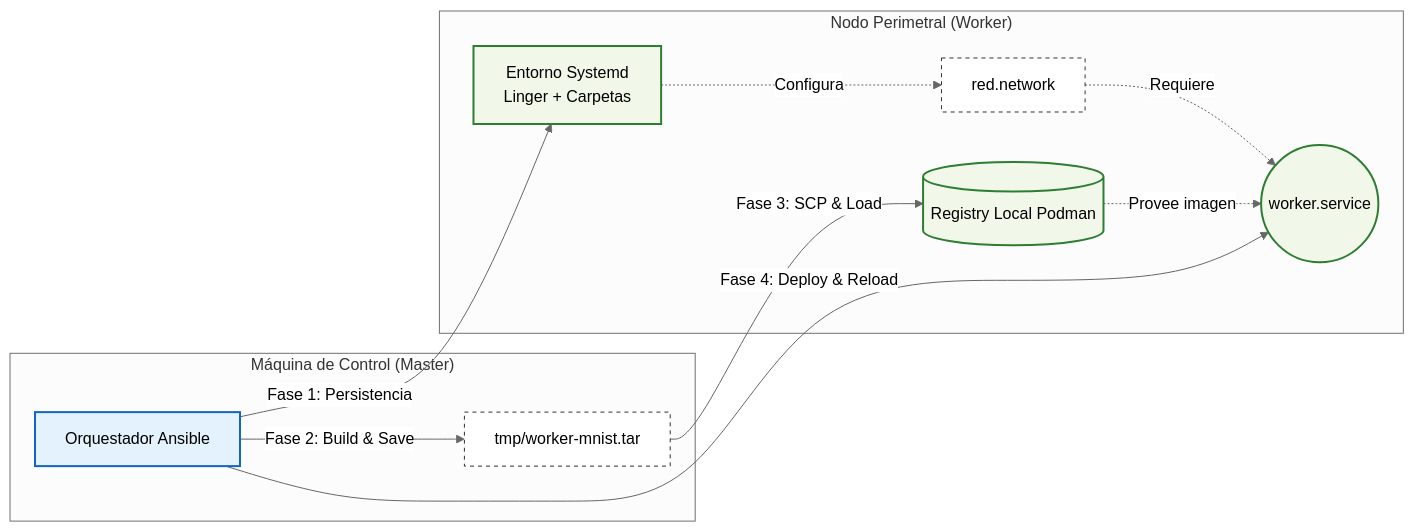
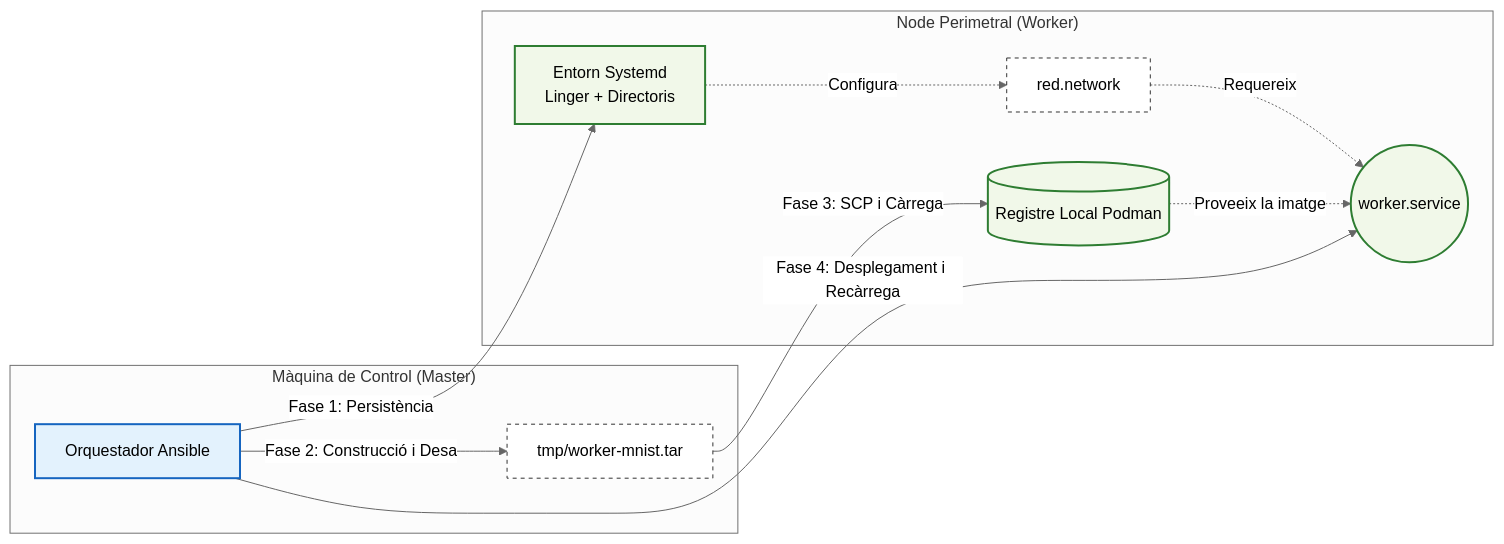
The diagram in systemd/1-infrastructure/infrastructure-flow.md (xji650/tfg-systemd-kubernetes), drawn with Mermaid (neutral theme) before and after one commit. The commit also changed 6 other files, not shown here.

Commit message:
refactor: update terminology and improve clarity in flowcharts and graphs for Systemd and Kubernetes

````diff
--- a/systemd/1-infrastructure/infrastructure-flow.md
+++ b/systemd/1-infrastructure/infrastructure-flow.md
@@ -1,31 +1,31 @@
 ``` mermaid
 graph LR
     %% Clases de estilo para darle un toque profesional
     classDef master fill:#e3f2fd,stroke:#1565c0,stroke-width:2px;
     classDef worker fill:#f1f8e9,stroke:#2e7d32,stroke-width:2px;
     classDef files fill:#fff,stroke:#333,stroke-width:1px,stroke-dasharray: 4 4;
 
-    subgraph Control_Node ["Máquina de Control (Master)"]
+    subgraph Control_Node ["Màquina de Control (Master)"]
         Orchestrator[Orquestador Ansible]:::master
         ImageArtifact[tmp/worker-mnist.tar]:::files
     end
 
-    subgraph Edge_Node ["Nodo Perimetral (Worker)"]
-        SystemdEnv[Entorno Systemd<br>Linger + Carpetas]:::worker
+    subgraph Edge_Node ["Node Perimetral (Worker)"]
+        SystemdEnv[Entorn Systemd<br>Linger + Directoris]:::worker
         Network[red.network]:::files
-        Registry[(Registry Local Podman)]:::worker
+        Registry[(Registre Local Podman)]:::worker
         ContainerService((worker.service)):::worker
     end
 
     %% Fases consolidadas para evitar cruces
-    Orchestrator -->|Fase 1: Persistencia| SystemdEnv
+    Orchestrator -->|Fase 1: Persistència| SystemdEnv
     SystemdEnv -.->|Configura| Network
 
-    Orchestrator -->|Fase 2: Build & Save| ImageArtifact
+    Orchestrator -->|Fase 2: Construcció i Desa| ImageArtifact
 
-    ImageArtifact -->|Fase 3: SCP & Load| Registry
+    ImageArtifact -->|Fase 3: SCP i Càrrega| Registry
 
-    Orchestrator -->|Fase 4: Deploy & Reload| ContainerService
-    Network -.->|Requiere| ContainerService
-    Registry -.->|Provee imagen| ContainerService
+    Orchestrator -->|Fase 4: Desplegament i Recàrrega| ContainerService
+    Network -.->|Requereix| ContainerService
+    Registry -.->|Proveeix la imatge| ContainerService
 ```
````
